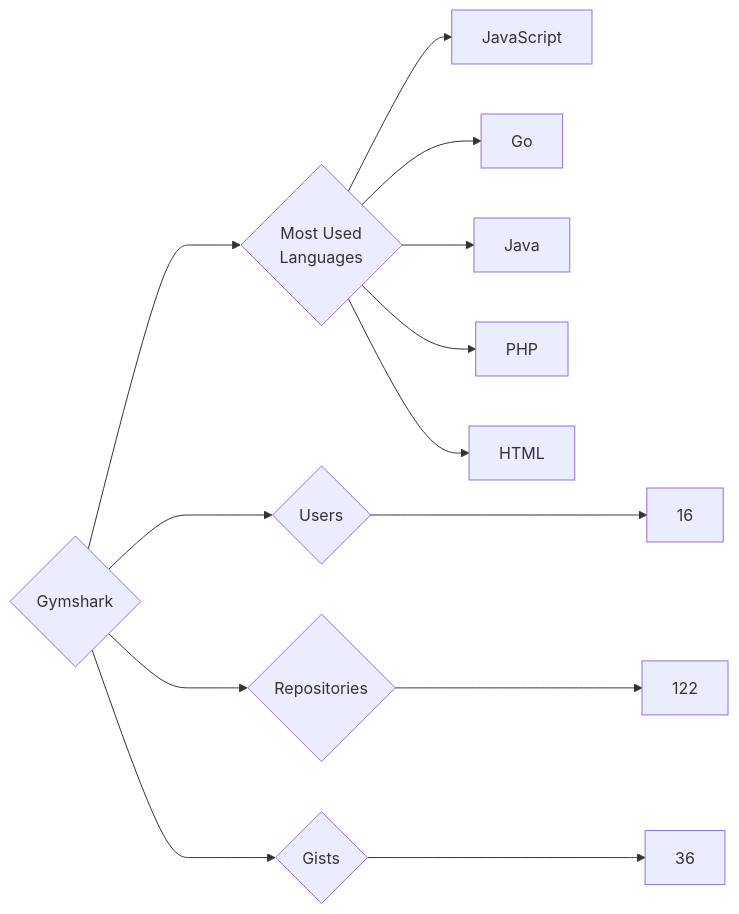
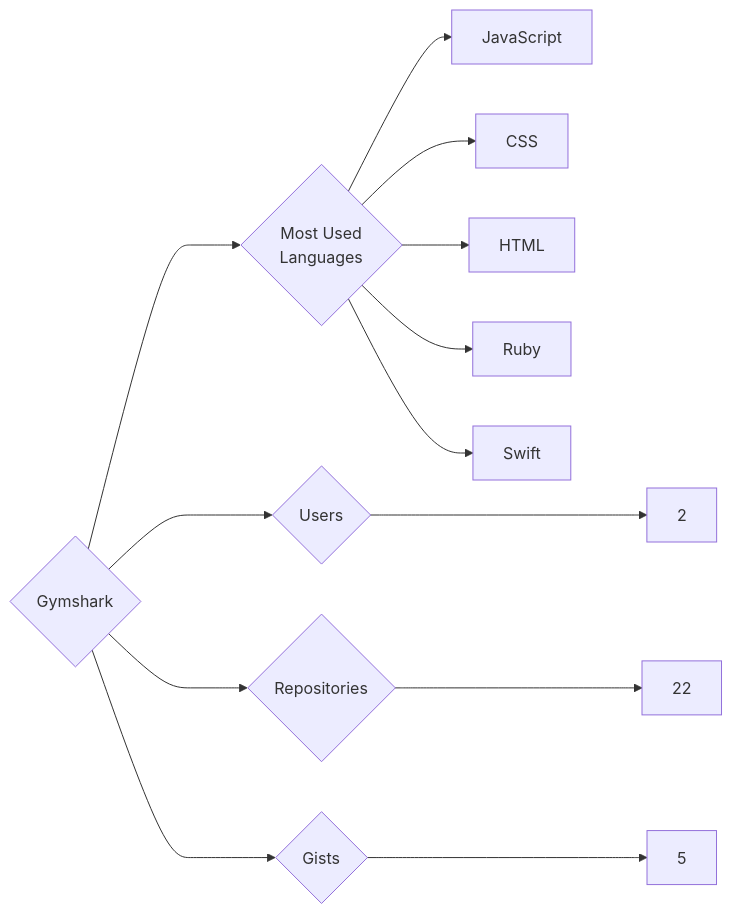
Before and after one commit to trickest/insiders: the diagram in targets/Gymshark/README.md, drawn with Mermaid. The commit also changed 872 other files, not shown here.

````diff
--- a/targets/Gymshark/README.md
+++ b/targets/Gymshark/README.md
@@ -3,13 +3,13 @@
 ```mermaid
 graph LR
 COMPANY_NAME{Gymshark}
-COMPANY_NAME ---> U{Users} ---> UN[16]
-COMPANY_NAME ---> R{Repositories} ---> RN[122]
-COMPANY_NAME ---> G{Gists} ---> GN[36]
+COMPANY_NAME ---> U{Users} ---> UN[2]
+COMPANY_NAME ---> R{Repositories} ---> RN[22]
+COMPANY_NAME ---> G{Gists} ---> GN[5]
 COMPANY_NAME ---> ML{Most Used<br>Languages}
 ML --> JavaScript[JavaScript]
-ML --> Go[Go]
-ML --> Java[Java]
-ML --> PHP[PHP]
+ML --> CSS[CSS]
 ML --> HTML[HTML]
+ML --> Ruby[Ruby]
+ML --> Swift[Swift]
 ```
````
